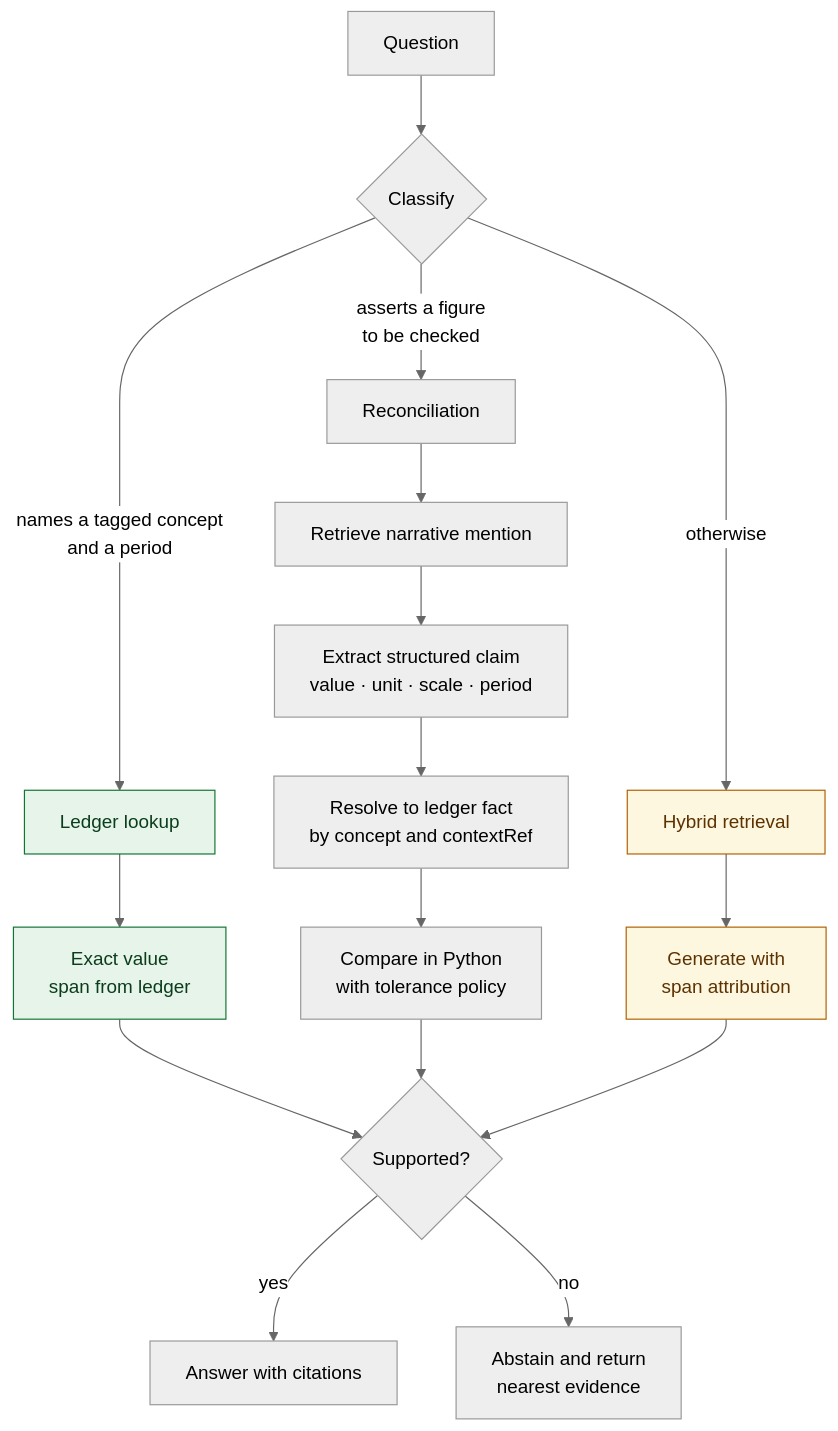
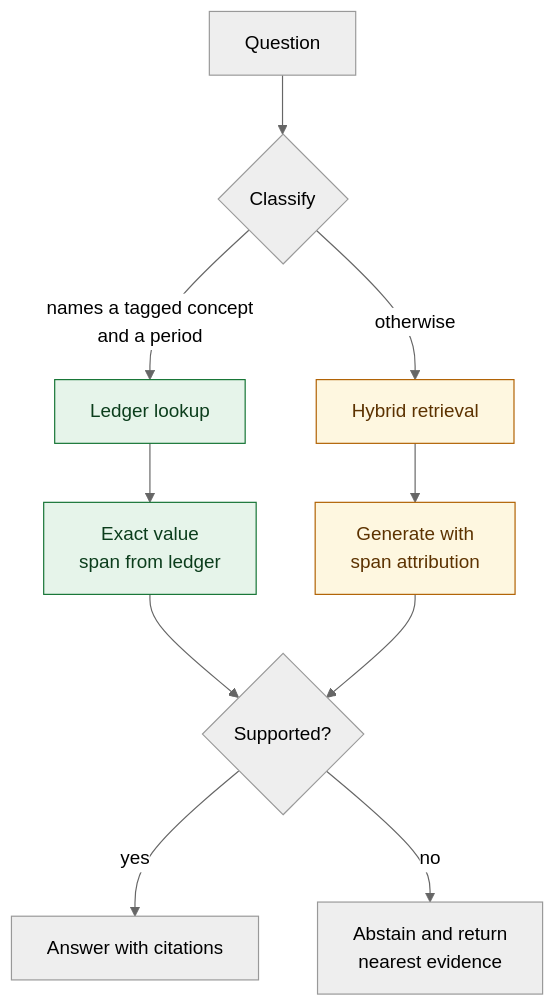
The fourth of 4 diagrams in docs/TECHNICAL_DOCUMENTATION.md (Vijay190899/disclosure-rag), drawn with Mermaid (neutral theme) before and after one commit. The commit also changed other lines of this file and 6 other files, not shown here.

````diff
--- a/docs/TECHNICAL_DOCUMENTATION.md
+++ b/docs/TECHNICAL_DOCUMENTATION.md
@@ -300,25 +310,19 @@
 ```mermaid
 flowchart TD
     Q["Question"] --> C{"Classify"}
     C -->|"names a tagged concept<br/>and a period"| L["Ledger lookup"]
-    C -->|"asserts a figure<br/>to be checked"| R["Reconciliation"]
     C -->|"otherwise"| N["Hybrid retrieval"]
 
     L --> LA["Exact value<br/>span from ledger"]
-    R --> R1["Retrieve narrative mention"]
-    R1 --> R2["Extract structured claim<br/>value · unit · scale · period"]
-    R2 --> R3["Resolve to ledger fact<br/>by concept and contextRef"]
-    R3 --> R4["Compare in Python<br/>with tolerance policy"]
     N --> NA["Generate with<br/>span attribution"]
 
     LA --> G{"Supported?"}
-    R4 --> G
     NA --> G
     G -->|yes| OUT["Answer with citations"]
     G -->|no| ABS["Abstain and return<br/>nearest evidence"]
 
     classDef exact fill:#e6f4ea,stroke:#137333,color:#0b3d1c
     classDef soft fill:#fef7e0,stroke:#b06000,color:#5c3200
     class L,LA exact
     class N,NA soft
 ```
````
